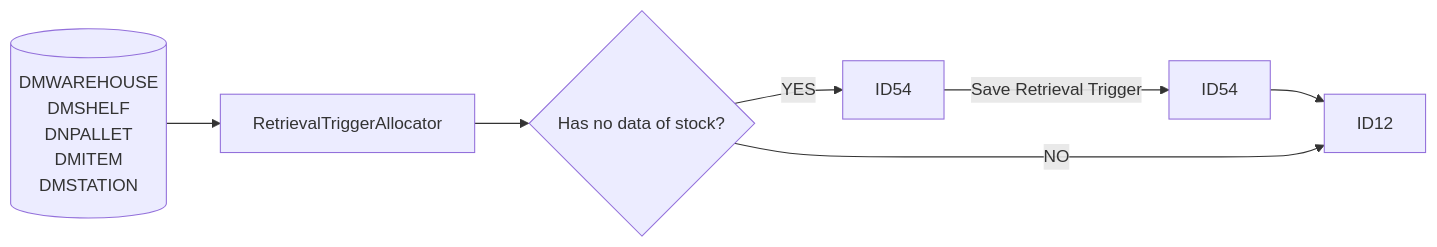
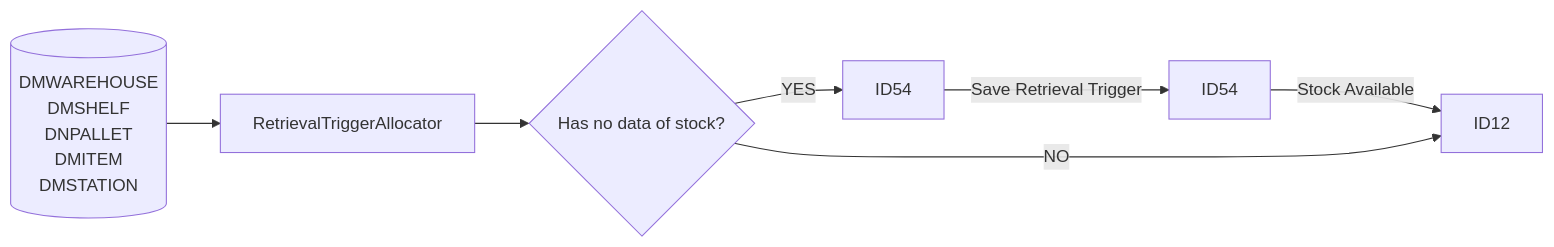
The third of 12 diagrams in Basic-Design/DFD-WMS/Retrieval/Stacked-Empty-Pallet.md (luthfiadityaa/SimeDarby-Wiki), drawn with Mermaid before and after one commit.

Commit message:
Updated Stacked Empty Pallet

```diff
--- a/Basic-Design/DFD-WMS/Retrieval/Stacked-Empty-Pallet.md
+++ b/Basic-Design/DFD-WMS/Retrieval/Stacked-Empty-Pallet.md
@@ -86,18 +86,18 @@
 ::: mermaid
 flowchart LR    
 
      tableList-select[("
         DMWAREHOUSE
         DMSHELF
         DNPALLET
         DMITEM
         DMSTATION
     ")]
 
      tableList-select-->className[RetrievalTriggerAllocator]
-    className --> Cond3{Has no data of stock?} --> |YES| P1[ID54] --> |Save Retrieval Trigger| P2[ID54] --> P3[ID12]
+    className --> Cond3{Has no data of stock?} --> |YES| P1[ID54] --> |Save Retrieval Trigger| P2[ID54] --> |Stock Available| P3[ID12]
     Cond3{Has no data of stock?} --> |NO| P3[ID12]
 
     classDef leftAlign text-align:left;
     class input leftAlign;
 :::
```
